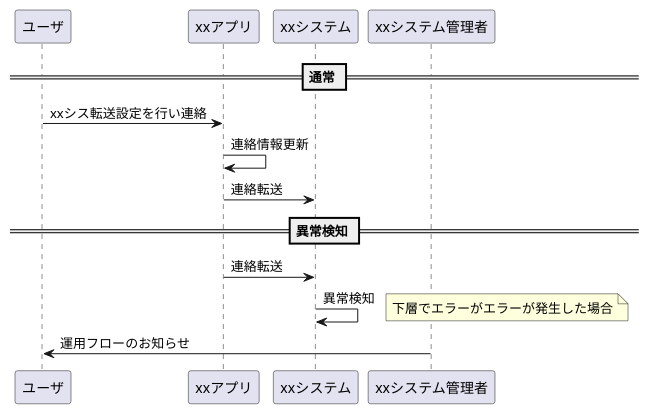
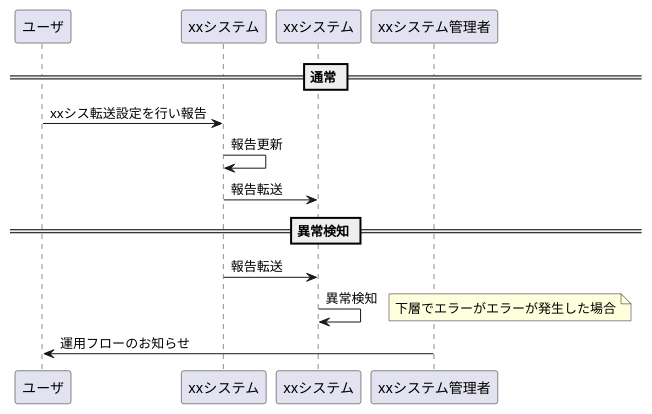
One commit to t-ogu-biz/PlantUML changed the diagram in PlantUML.pu. Above: the diagram before and after it, drawn with PlantUML.

Commit message:
「PlantUML.pu」の更新

```diff
--- a/PlantUML.pu
+++ b/PlantUML.pu
@@ -1,19 +1,19 @@
 @startuml xxシステム
 participant ユーザ as U
-participant xxアプリ as AP 
+participant xxシステム as AP 
 participant xxシステム as SYS
 participant xxシステム管理者 as SYSM
 
 == 通常 ==
-U -> AP: xxシス転送設定を行い連絡
-AP -> AP: 連絡情報更新
-AP -> SYS: 連絡転送
+U -> AP: xxシス転送設定を行い報告
+AP -> AP: 報告更新
+AP -> SYS: 報告転送
 
 == 異常検知 ==
-AP -> SYS: 連絡転送
+AP -> SYS: 報告転送
 SYS -> SYS: 異常検知
 note right
 下層でエラーがエラーが発生した場合
 end note
 SYSM -> U: 運用フローのお知らせ
 @enduml
```
